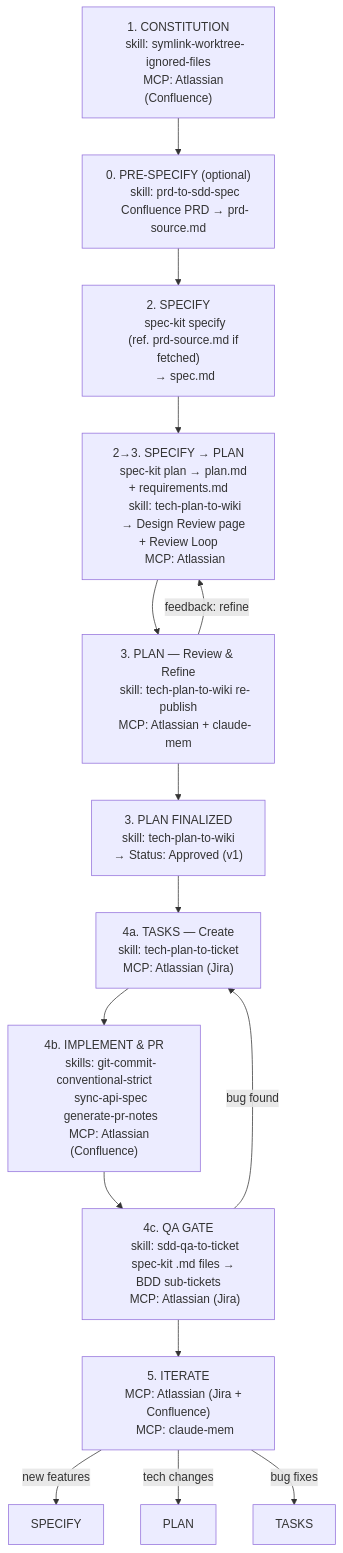
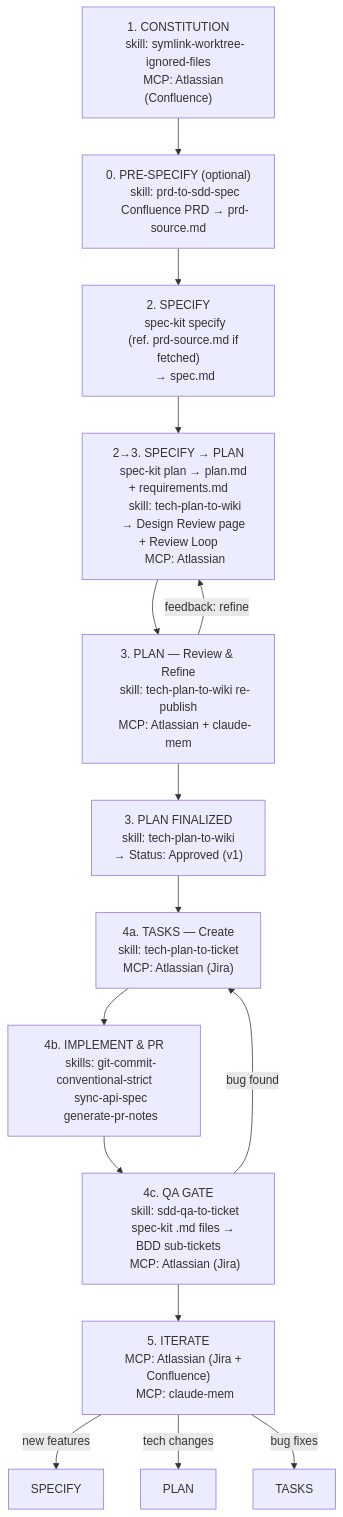
Before and after one commit to jamesyang124/agent-skills: the diagram in docs/sdd-skills-map.md, drawn with Mermaid. The commit also changed other lines of this file and 51 other files, not shown here.

````diff
--- a/docs/sdd-skills-map.md
+++ b/docs/sdd-skills-map.md
@@ -9,67 +9,66 @@
 ```mermaid
 graph TD
     P1["1. CONSTITUTION
     skill: symlink-worktree-ignored-files
     MCP: Atlassian (Confluence)"]
 
     P0["0. PRE-SPECIFY (optional)
     skill: prd-to-sdd-spec
     Confluence PRD → prd-source.md"]
 
     P2["2. SPECIFY
     spec-kit specify
     (ref. prd-source.md if fetched)
     → spec.md"]
 
     P3["2→3. SPECIFY → PLAN
     spec-kit plan → plan.md + requirements.md
     skill: tech-plan-to-wiki
     → Design Review page + Review Loop
     MCP: Atlassian"]
 
     P4["3. PLAN — Review & Refine
     skill: tech-plan-to-wiki re-publish
     MCP: Atlassian + claude-mem"]
 
     P4b["3. PLAN FINALIZED
     skill: tech-plan-to-wiki
     → Status: Approved (v1)"]
 
     P5a["4a. TASKS — Create
     skill: tech-plan-to-ticket
     MCP: Atlassian (Jira)"]
 
     P5b["4b. IMPLEMENT & PR
     skills: git-commit-conventional-strict
     sync-api-spec
-    generate-pr-notes
-    MCP: Atlassian (Confluence)"]
+    generate-pr-notes"]
 
     P5c["4c. QA GATE
     skill: sdd-qa-to-ticket
     spec-kit .md files → BDD sub-tickets
     MCP: Atlassian (Jira)"]
 
     P6["5. ITERATE
     MCP: Atlassian (Jira + Confluence)
     MCP: claude-mem"]
 
     SPECIFY["SPECIFY"]
     PLAN["PLAN"]
     TASKS["TASKS"]
 
     P1 --> P0
     P0 --> P2
     P2 --> P3
     P3 --> P4
     P4 -->|"feedback: refine"| P3
     P4 --> P4b
     P4b --> P5a
     P5a --> P5b
     P5b --> P5c
     P5c -->|"bug found"| P5a
     P5c --> P6
     P6 -->|"new features"| SPECIFY
     P6 -->|"tech changes"| PLAN
     P6 -->|"bug fixes"| TASKS
 ```
````
